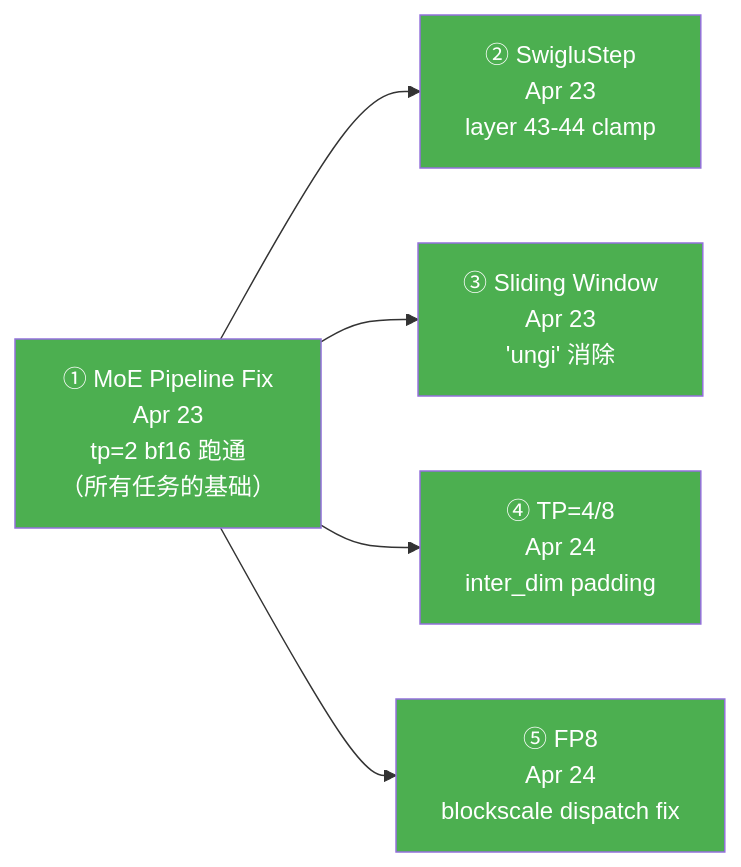
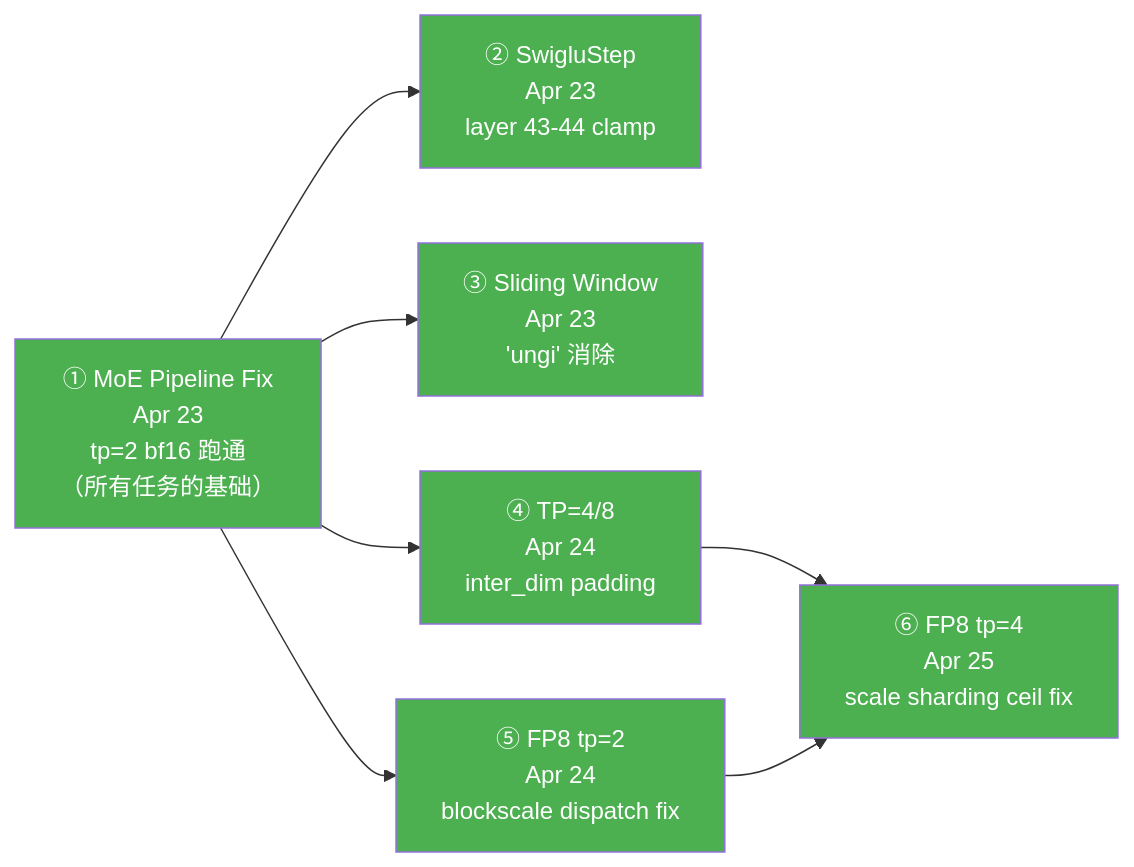
One commit to LJ-underdog/project_summary changed the first of 2 diagrams in step35-flash-support/README.md. Above: the diagram before and after it, drawn with Mermaid. The commit also changed other lines of this file and 3 other files, not shown here.

````diff
--- a/step35-flash-support/README.md
+++ b/step35-flash-support/README.md
@@ -14,14 +14,17 @@
 ```mermaid
 graph LR
     A["① MoE Pipeline Fix<br/>Apr 23<br/>tp=2 bf16 跑通<br/>（所有任务的基础）"]
     A --> B["② SwigluStep<br/>Apr 23<br/>layer 43-44 clamp"]
     A --> C["③ Sliding Window<br/>Apr 23<br/>'ungi' 消除"]
     A --> D["④ TP=4/8<br/>Apr 24<br/>inter_dim padding"]
-    A --> E["⑤ FP8<br/>Apr 24<br/>blockscale dispatch fix"]
+    A --> E["⑤ FP8 tp=2<br/>Apr 24<br/>blockscale dispatch fix"]
+    D --> F["⑥ FP8 tp=4<br/>Apr 25<br/>scale sharding ceil fix"]
+    E --> F
 
     style A fill:#4CAF50,color:#fff
     style B fill:#4CAF50,color:#fff
     style C fill:#4CAF50,color:#fff
     style D fill:#4CAF50,color:#fff
     style E fill:#4CAF50,color:#fff
+    style F fill:#4CAF50,color:#fff
 ```
````
